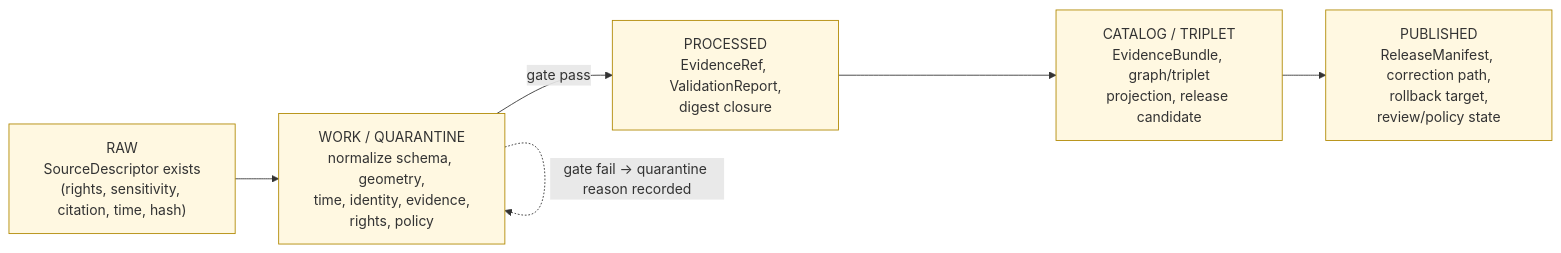
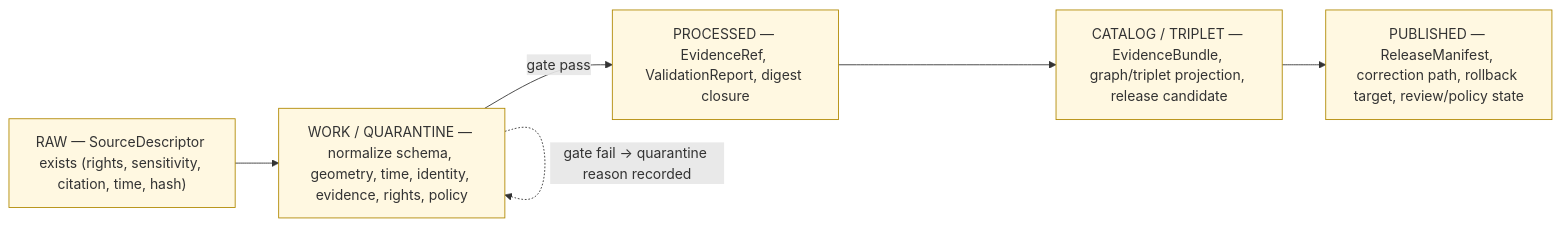
The second of 2 diagrams in docs/domains/roads-rail-trade/sublanes/rail.md (bartytime4life/Kansas-Frontier-Matrix), drawn with Mermaid before and after one commit. The commit also changed other lines of this file, not shown here.

````diff
--- a/docs/domains/roads-rail-trade/sublanes/rail.md
+++ b/docs/domains/roads-rail-trade/sublanes/rail.md
@@ -320,17 +327,15 @@
 ```mermaid
 flowchart LR
-  RAW["RAW<br/>SourceDescriptor exists<br/>(rights, sensitivity, citation, time, hash)"]
-  WQ["WORK / QUARANTINE<br/>normalize schema, geometry,<br/>time, identity, evidence,<br/>rights, policy"]
-  PROC["PROCESSED<br/>EvidenceRef, ValidationReport,<br/>digest closure"]
-  CAT["CATALOG / TRIPLET<br/>EvidenceBundle, graph/triplet<br/>projection, release candidate"]
-  PUB["PUBLISHED<br/>ReleaseManifest, correction path,<br/>rollback target,<br/>review/policy state"]
-
+  RAW["RAW — SourceDescriptor exists (rights, sensitivity, citation, time, hash)"]
+  WQ["WORK / QUARANTINE — normalize schema, geometry, time, identity, evidence, rights, policy"]
+  PROC["PROCESSED — EvidenceRef, ValidationReport, digest closure"]
+  CAT["CATALOG / TRIPLET — EvidenceBundle, graph/triplet projection, release candidate"]
+  PUB["PUBLISHED — ReleaseManifest, correction path, rollback target, review/policy state"]
   RAW --> WQ
   WQ -->|"gate pass"| PROC
-  WQ -.->|"gate fail → quarantine reason recorded"| WQ
+  WQ -. "gate fail → quarantine reason recorded" .-> WQ
   PROC --> CAT
   CAT --> PUB
-
   classDef stage fill:#fff8e1,stroke:#b08800,stroke-width:1px
   class RAW,WQ,PROC,CAT,PUB stage
 ```
````
